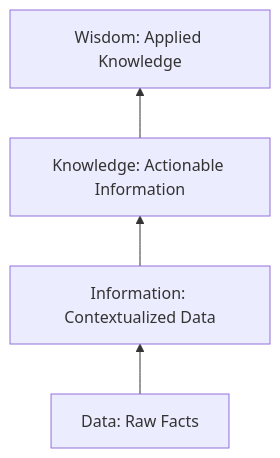
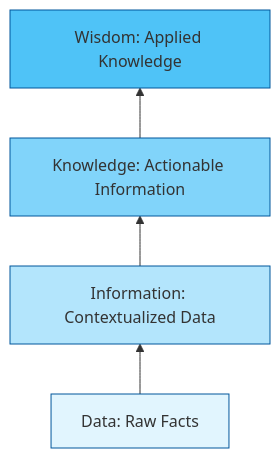
The first of 5 diagrams in notes/data_analysis/Chapter1_Introduction_to_DAV.md (DeepLumiere/DeepSkills), drawn with Mermaid before and after one commit. The commit also changed other lines of this file and 171 other files, not shown here.

````diff
--- a/notes/data_analysis/Chapter1_Introduction_to_DAV.md
+++ b/notes/data_analysis/Chapter1_Introduction_to_DAV.md
@@ -96,6 +95,11 @@
 ```mermaid
 graph BT
     A["Data: Raw Facts"] --> B["Information: Contextualized Data"]
     B --> C["Knowledge: Actionable Information"]
     C --> D["Wisdom: Applied Knowledge"]
+    
+    style A fill:#e1f5fe,stroke:#01579b
+    style B fill:#b3e5fc,stroke:#01579b
+    style C fill:#81d4fa,stroke:#01579b
+    style D fill:#4fc3f7,stroke:#01579b
 ```
````
